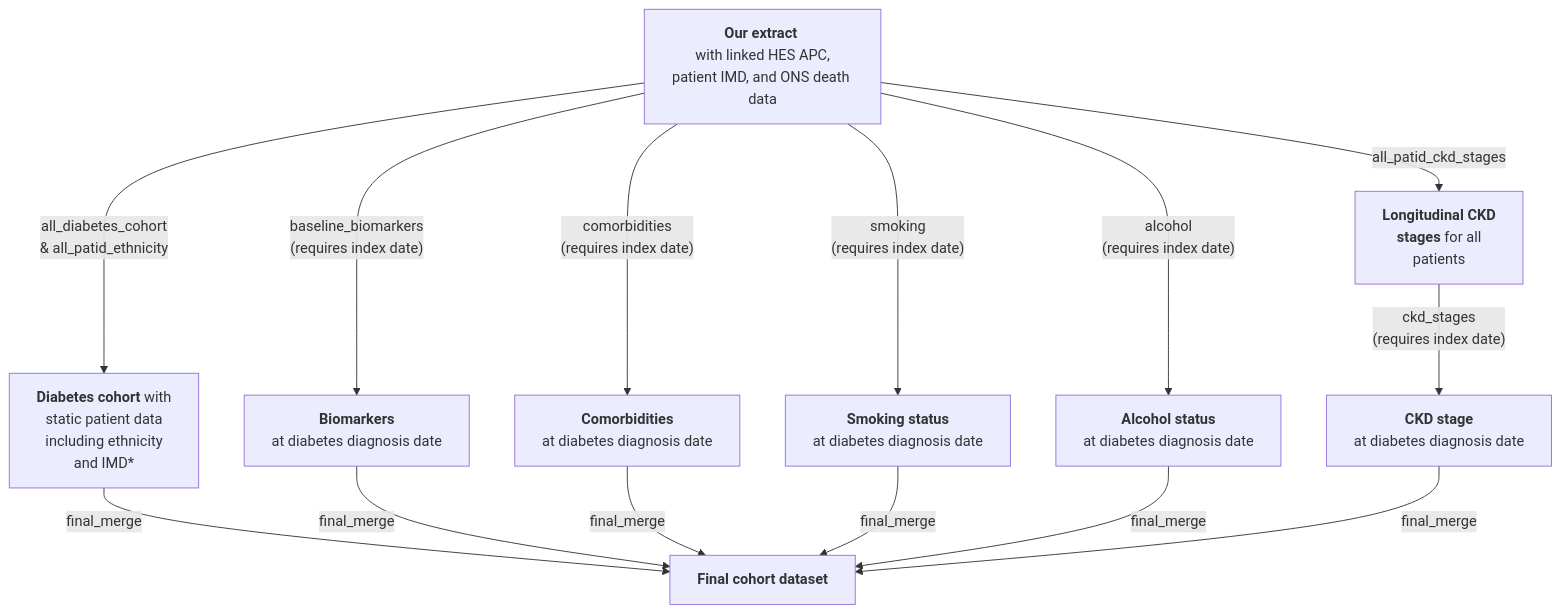
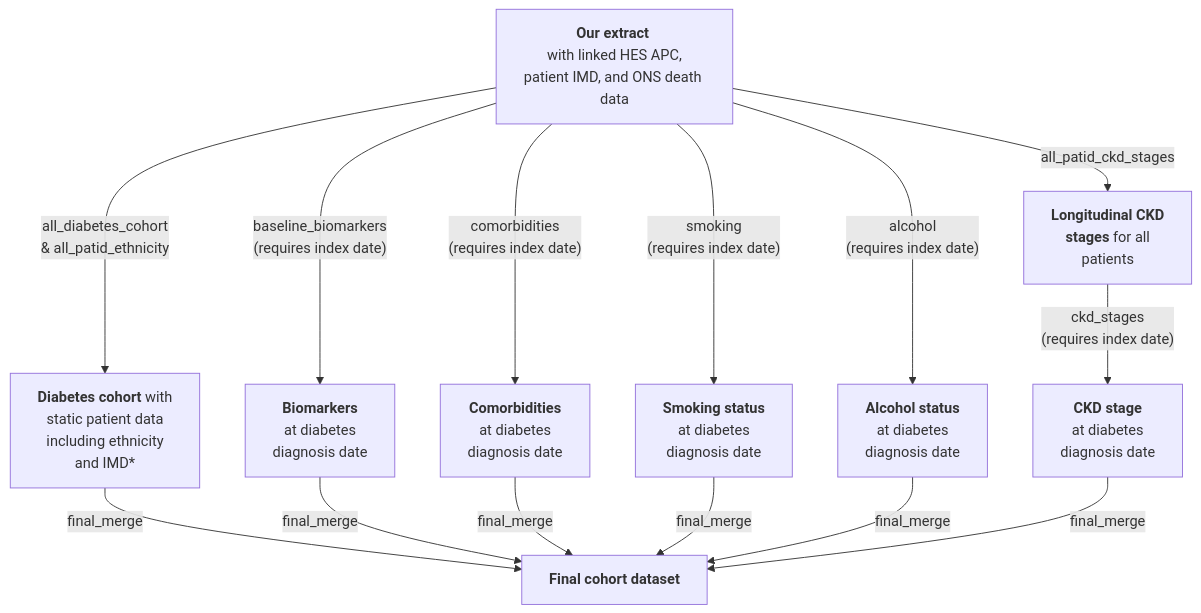
Before and after one commit to Exeter-Diabetes/CPRD-Cohort-scripts: the diagram in 01-At-diagnosis/README.md, drawn with Mermaid.

````diff
--- a/01-At-diagnosis/README.md
+++ b/01-At-diagnosis/README.md
@@ -11,16 +11,16 @@
 ```mermaid
 graph TD;
     A["<b>Our extract</b> <br> with linked HES APC, patient IMD, and ONS death data"] --> |"all_diabetes_cohort <br> & all_patid_ethnicity"|B["<b>Diabetes cohort</b> with <br> static patient data <br> including ethnicity <br> and IMD*"]
     A-->|"all_patid_ckd_stages"|C["<b>Longitudinal CKD <br> stages</b> for all <br> patients"]
-    A-->|"baseline_biomarkers <br> (requires index date)"|E["<b>Biomarkers</b> <br> at diabetes diagnosis date"]
-    A-->|"comorbidities <br> (requires index date)"|F["<b>Comorbidities</b> <br> at diabetes diagnosis date"]
-    A-->|"smoking <br> (requires index date)"|G["<b>Smoking status</b> <br> at diabetes diagnosis date"]
-    A-->|"alcohol <br> (requires index date)"|H["<b>Alcohol status</b> <br> at diabetes diagnosis date"]
-    C-->|"ckd_stages <br> (requires index date)"|I["<b>CKD stage </b> <br> at diabetes diagnosis date"]
+    A-->|"baseline_biomarkers <br> (requires index date)"|E["<b>Biomarkers</b> <br> at diabetes <br> diagnosis date"]
+    A-->|"comorbidities <br> (requires index date)"|F["<b>Comorbidities</b> <br> at diabetes <br> diagnosis date"]
+    A-->|"smoking <br> (requires index date)"|G["<b>Smoking status</b> <br> at diabetes <br> diagnosis date"]
+    A-->|"alcohol <br> (requires index date)"|H["<b>Alcohol status</b> <br> at diabetes <br> diagnosis date"]
+    C-->|"ckd_stages <br> (requires index date)"|I["<b>CKD stage </b> <br> at diabetes <br> diagnosis date"]
     B-->|"final_merge"|J["<b>Final cohort dataset</b>"]
     E-->|"final_merge"|J
     F-->|"final_merge"|J
     G-->|"final_merge"|J
     H-->|"final_merge"|J
     I-->|"final_merge"|J    
 ```
````
